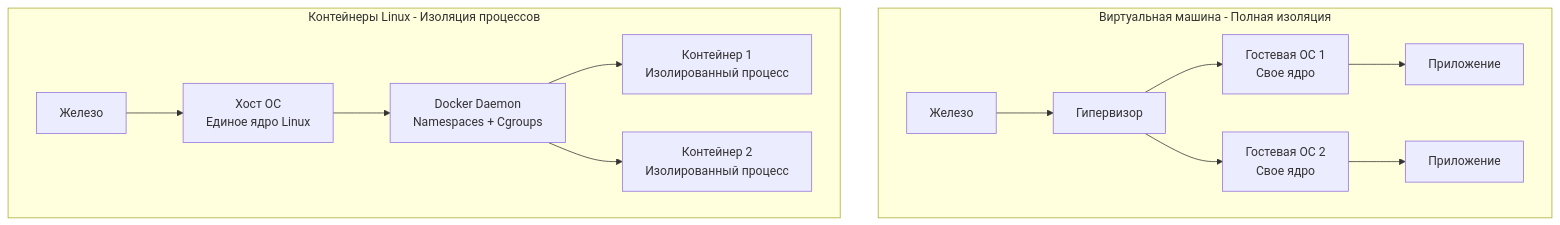
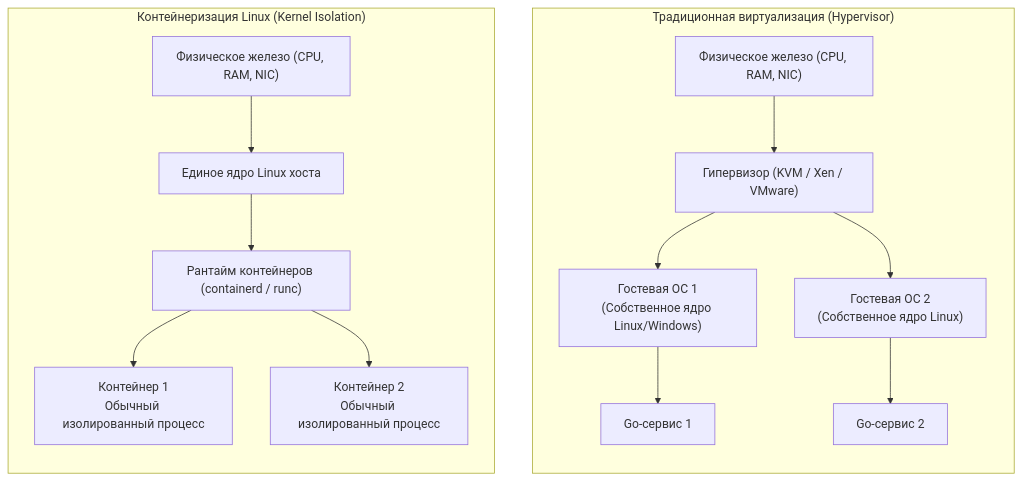
Before and after one commit to UnrealTemplier/go-textbook: the first of 3 diagrams in sources/14. Распределенные системы на Go/07. Kubernetes и деплой/1. Контейнеризация и Docker.md, drawn with Mermaid. The commit also changed other lines of this file, not shown here.

Commit message:
feat(module-14): editorial rewrite of lecture 1 (Контейнеризация и Docker) in Subsection 7 in Kernighan style

````diff
--- a/sources/14. Распределенные системы на Go/07. Kubernetes и деплой/1. Контейнеризация и Docker.md
+++ b/sources/14. Распределенные системы на Go/07. Kubernetes и деплой/1. Контейнеризация и Docker.md
@@ -29,15 +23,17 @@
 ```mermaid
 flowchart TD
-    subgraph VM ["Виртуальная машина - Полная изоляция"]
-        H1["Железо"] --> HY["Гипервизор"]
-        HY --> OS1["Гостевая ОС 1<br>Свое ядро"] --> APP1["Приложение"]
-        HY --> OS2["Гостевая ОС 2<br>Свое ядро"] --> APP2["Приложение"]
+    subgraph VM ["Традиционная виртуализация (Hypervisor)"]
+        direction TB
+        H1["Физическое железо (CPU, RAM, NIC)"] --> HY["Гипервизор (KVM / Xen / VMware)"]
+        HY --> GOS1["Гостевая ОС 1<br>(Собственное ядро Linux/Windows)"] --> APP1["Go-сервис 1"]
+        HY --> GOS2["Гостевая ОС 2<br>(Собственное ядро Linux)"] --> APP2["Go-сервис 2"]
     end
     
-    subgraph Container ["Контейнеры Linux - Изоляция процессов"]
-        H2["Железо"] --> OS3["Хост ОС<br>Единое ядро Linux"]
-        OS3 --> D["Docker Daemon<br>Namespaces + Cgroups"]
-        D --> C1["Контейнер 1<br>Изолированный процесс"]
-        D --> C2["Контейнер 2<br>Изолированный процесс"]
+    subgraph Container ["Контейнеризация Linux (Kernel Isolation)"]
+        direction TB
+        H2["Физическое железо (CPU, RAM, NIC)"] --> KERNEL["Единое ядро Linux хоста"]
+        KERNEL --> D["Рантайм контейнеров (containerd / runc)"]
+        D --> C1["Контейнер 1<br>Обычный изолированный процесс"]
+        D --> C2["Контейнер 2<br>Обычный изолированный процесс"]
     end
 ```
````
